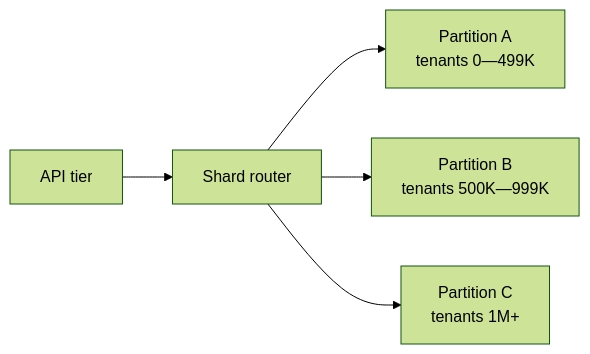
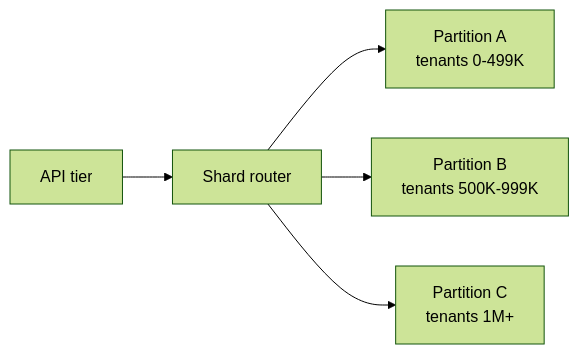
The third of 11 diagrams in system-design/scalability.md (adnanrahin/adnanrahin.github.io), drawn with Mermaid (forest theme) before and after one commit. The commit also changed other lines of this file and 14 other files, not shown here.

Commit message:
updated the flowchart

````diff
--- a/system-design/scalability.md
+++ b/system-design/scalability.md
@@ -151,7 +151,7 @@
 ```mermaid
 flowchart LR
     API[API tier] --> SR[Shard router]
-    SR --> P1["Partition A<br/>tenants 0—499K"]
-    SR --> P2["Partition B<br/>tenants 500K—999K"]
+    SR --> P1["Partition A<br/>tenants 0-499K"]
+    SR --> P2["Partition B<br/>tenants 500K-999K"]
     SR --> P3["Partition C<br/>tenants 1M+"]
 ```
````
